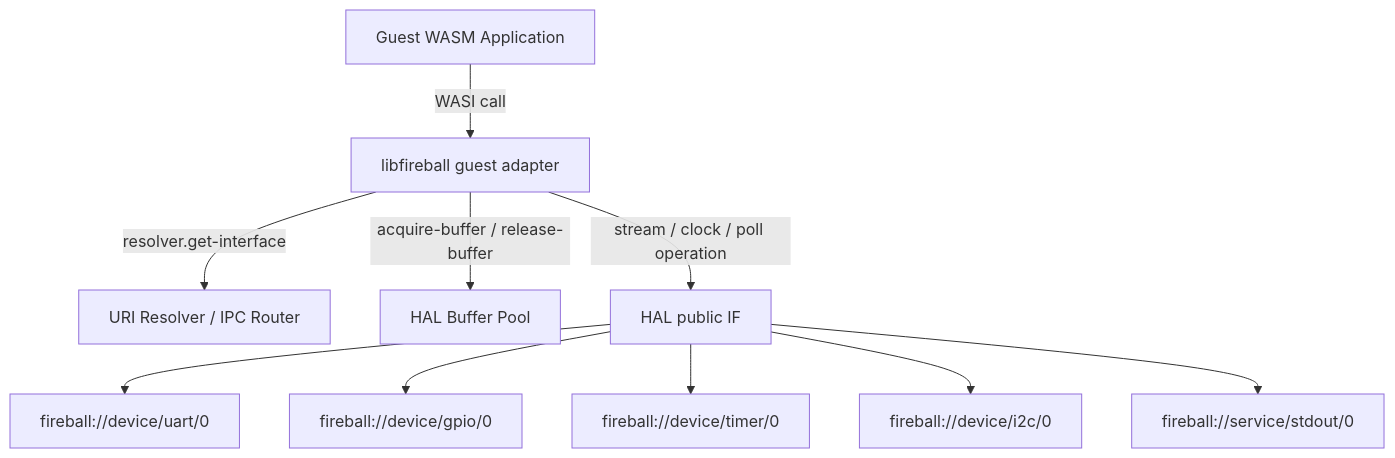
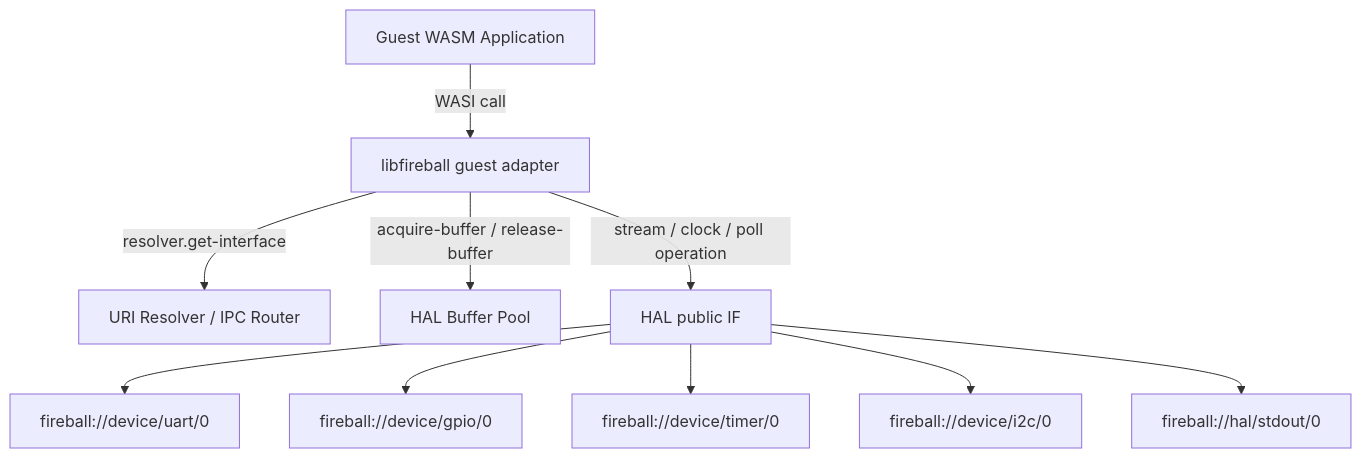
Before and after one commit to kmt-t/fireball: the diagram in docs/components/tier1_interface/interface_wit.md, drawn with Mermaid. The commit also changed other lines of this file and 31 other files, not shown here.

````diff
--- a/docs/components/tier1_interface/interface_wit.md
+++ b/docs/components/tier1_interface/interface_wit.md
@@ -64,12 +64,12 @@
 ```mermaid
 flowchart TD
     Guest[Guest WASM Application] -->|WASI call| Lib[libfireball guest adapter]
     Lib -->|resolver.get-interface| Res[URI Resolver / IPC Router]
     Lib -->|acquire-buffer / release-buffer| HBP[HAL Buffer Pool]
     Lib -->|stream / clock / poll operation| W3Core[HAL public IF]
     W3Core --> UART[fireball://device/uart/0]
     W3Core --> GPIO[fireball://device/gpio/0]
     W3Core --> Timer[fireball://device/timer/0]
     W3Core --> I2C[fireball://device/i2c/0]
-    W3Core --> Console[fireball://service/stdout/0]
+    W3Core --> Console[fireball://hal/stdout/0]
 ```
````
